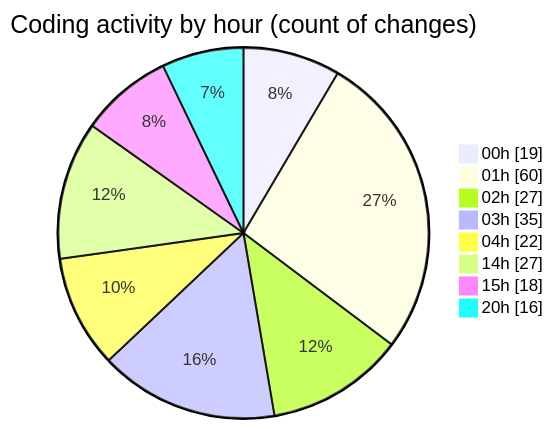
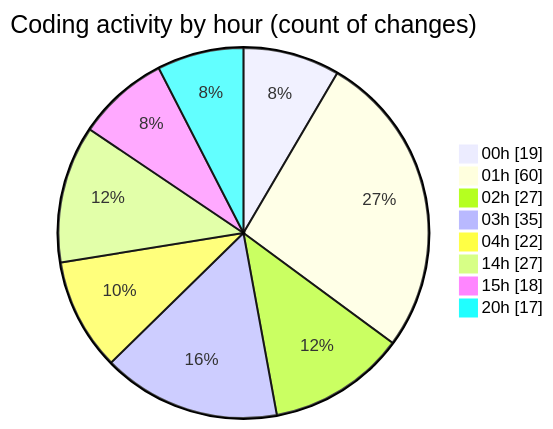
One commit to lephambinh05/code-tracking changed the second of 2 diagrams in 2025-07-25/quanlyrapchieuphim-1/README.md. Above: the diagram before and after it, drawn with Mermaid. The commit also changed other lines of this file and 1 other file, not shown here.

````diff
--- a/2025-07-25/quanlyrapchieuphim-1/README.md
+++ b/2025-07-25/quanlyrapchieuphim-1/README.md
@@ -36,12 +36,12 @@
 ```mermaid
 pie showData
 title Coding activity by hour (count of changes)
 "00h" : 19
 "01h" : 60
 "02h" : 27
 "03h" : 35
 "04h" : 22
 "14h" : 27
 "15h" : 18
-"20h" : 16
+"20h" : 17
 ```
````
